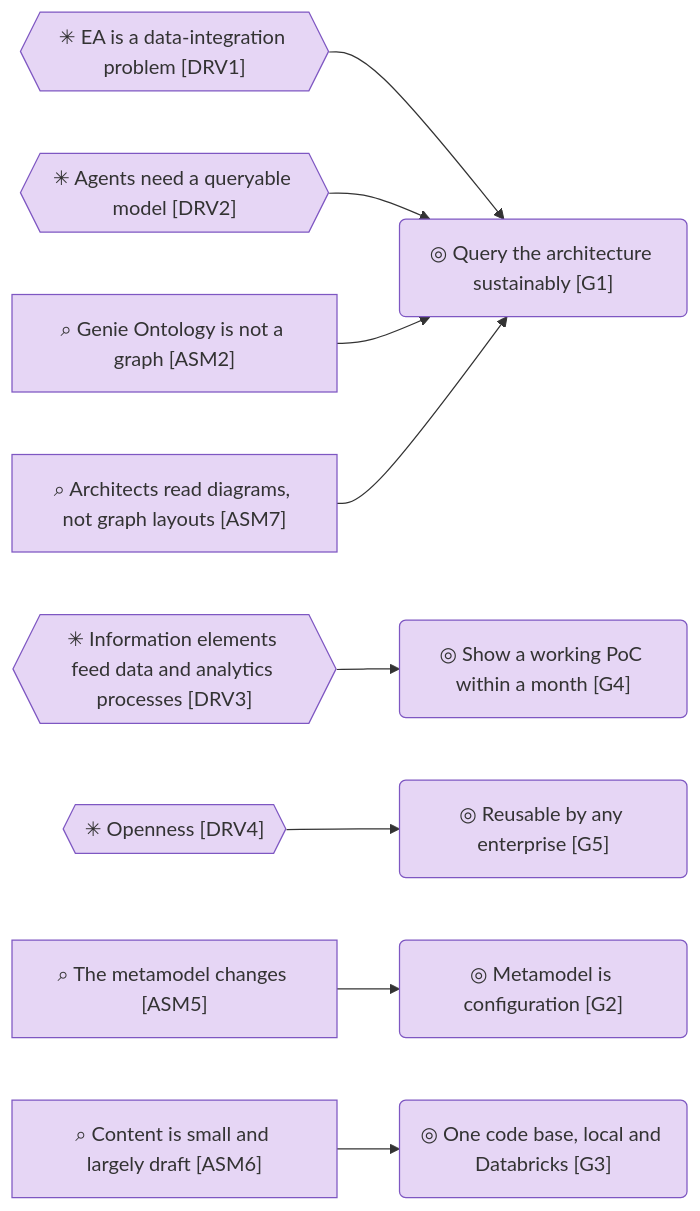
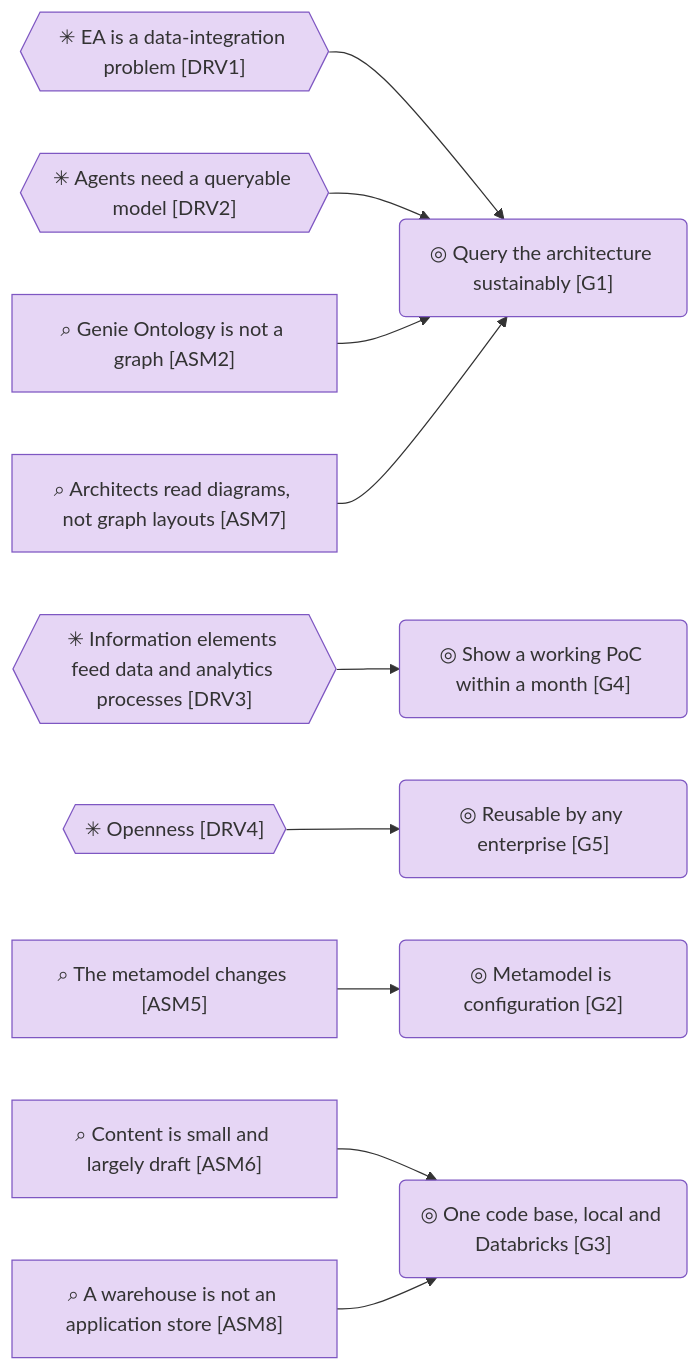
Before and after one commit to roanboc/dbx-enterprise-architecture: the third of 4 diagrams in architecture/1_strategy/1_motivation.md, drawn with Mermaid. The commit also changed other lines of this file and 12 other files, not shown here.

````diff
--- a/architecture/1_strategy/1_motivation.md
+++ b/architecture/1_strategy/1_motivation.md
@@ -66,26 +66,28 @@
 ```mermaid
 flowchart LR
   drv1{{"✳ EA is a data-integration problem [DRV1]"}}:::motivation
   drv2{{"✳ Agents need a queryable model [DRV2]"}}:::motivation
   drv3{{"✳ Information elements feed data and analytics processes [DRV3]"}}:::motivation
   drv4{{"✳ Openness [DRV4]"}}:::motivation
   asm2["⌕ Genie Ontology is not a graph [ASM2]"]:::motivation
   asm5["⌕ The metamodel changes [ASM5]"]:::motivation
   asm6["⌕ Content is small and largely draft [ASM6]"]:::motivation
   asm7["⌕ Architects read diagrams, not graph layouts [ASM7]"]:::motivation
+  asm8["⌕ A warehouse is not an application store [ASM8]"]:::motivation
   g1("◎ Query the architecture sustainably [G1]"):::motivation
   g2("◎ Metamodel is configuration [G2]"):::motivation
   g3("◎ One code base, local and Databricks [G3]"):::motivation
   g4("◎ Show a working PoC within a month [G4]"):::motivation
   g5("◎ Reusable by any enterprise [G5]"):::motivation
   drv1 --> g1
   drv2 --> g1
   drv3 --> g4
   drv4 --> g5
   asm2 --> g1
   asm7 --> g1
   asm5 --> g2
   asm6 --> g3
+  asm8 --> g3
 
   classDef motivation fill:#e6d6f5,stroke:#7e57c2,color:#333
 ```
````
